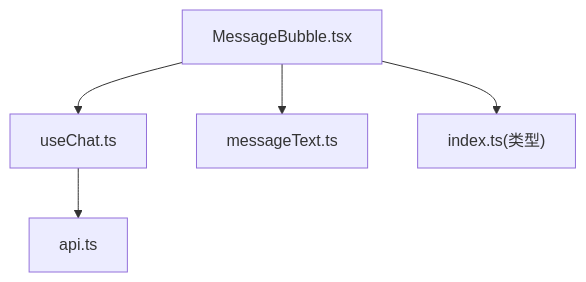
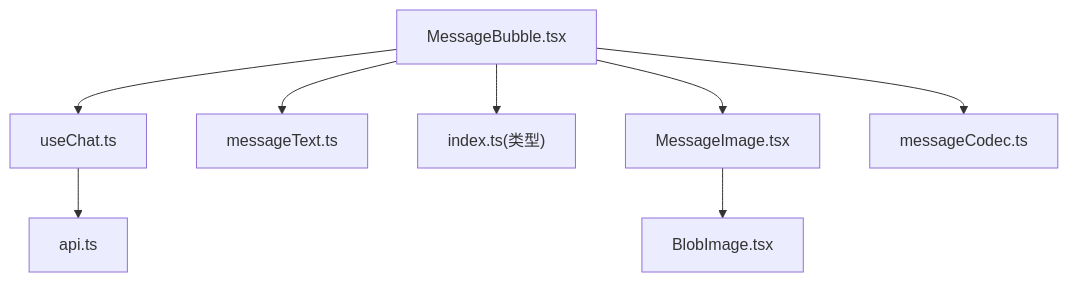
The first of 5 diagrams in .qoder/repowiki/zh/content/聊天模块/消息气泡组件.md (billye220670/AIShop), drawn with Mermaid before and after one commit. The commit also changed other lines of this file and 149 other files, not shown here.

````diff
--- a/.qoder/repowiki/zh/content/聊天模块/消息气泡组件.md
+++ b/.qoder/repowiki/zh/content/聊天模块/消息气泡组件.md
@@ -40,7 +51,10 @@
 ```mermaid
 graph TB
 A["MessageBubble.tsx"] --> B["useChat.ts"]
 B --> C["api.ts"]
 A --> D["messageText.ts"]
 A --> E["index.ts(类型)"]
+A --> F["MessageImage.tsx"]
+F --> G["BlobImage.tsx"]
+A --> H["messageCodec.ts"]
 ```
````
